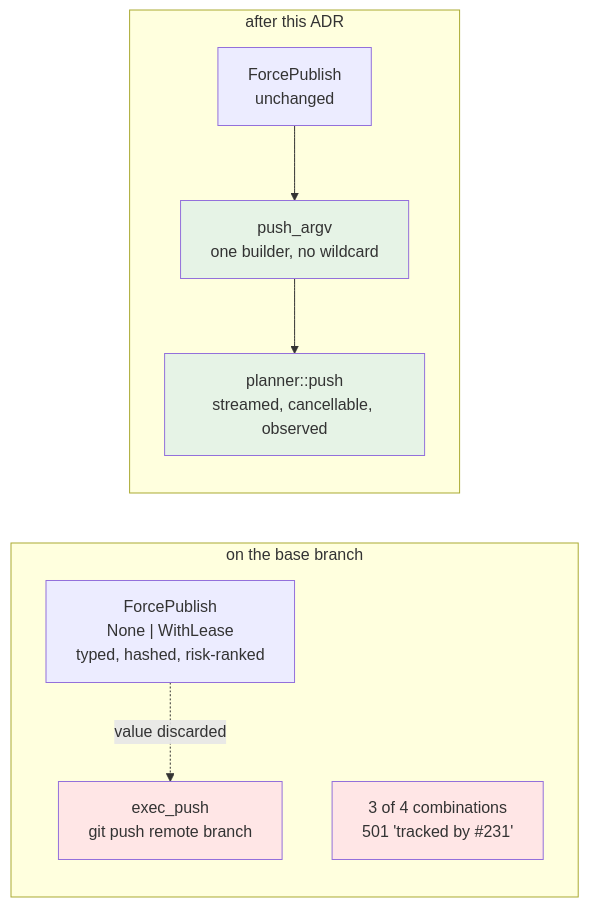
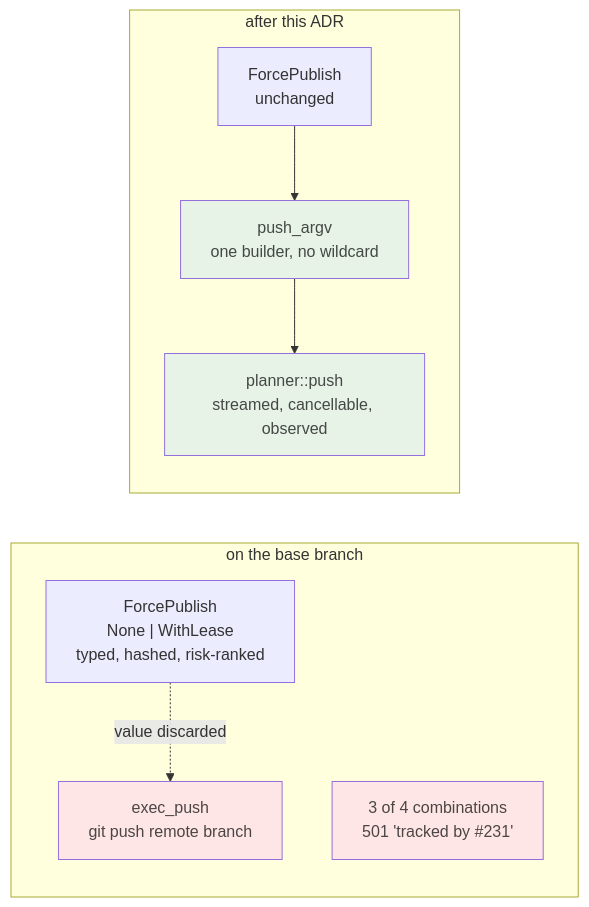
The first of 11 diagrams in docs/adr/0045-push-execution.md (tom2025b/git-vista), drawn with Mermaid before and after one commit. The commit also changed other lines of this file and 21 other files, not shown here.

````diff
--- a/docs/adr/0045-push-execution.md
+++ b/docs/adr/0045-push-execution.md
@@ -58,19 +58,19 @@
 ```mermaid
 flowchart LR
     subgraph BEFORE["on the base branch"]
         T["ForcePublish<br/>None | WithLease<br/>typed, hashed, risk-ranked"]
         E["exec_push<br/>git push remote branch"]
         S["3 of 4 combinations<br/>501 'tracked by #231'"]
         T -. "value discarded" .-> E
-        style S fill:#ffe6e6
-        style E fill:#ffe6e6
+        style S fill:#ffe6e6,color:#4c4545
+        style E fill:#ffe6e6,color:#4c4545
     end
     subgraph AFTER["after this ADR"]
         T2["ForcePublish<br/>unchanged"]
         A2["push_argv<br/>one builder, no wildcard"]
         E2["planner::push<br/>streamed, cancellable, observed"]
         T2 --> A2 --> E2
-        style E2 fill:#e6f3e6
-        style A2 fill:#e6f3e6
+        style E2 fill:#e6f3e6,color:#454845
+        style A2 fill:#e6f3e6,color:#454845
     end
 ```
````
